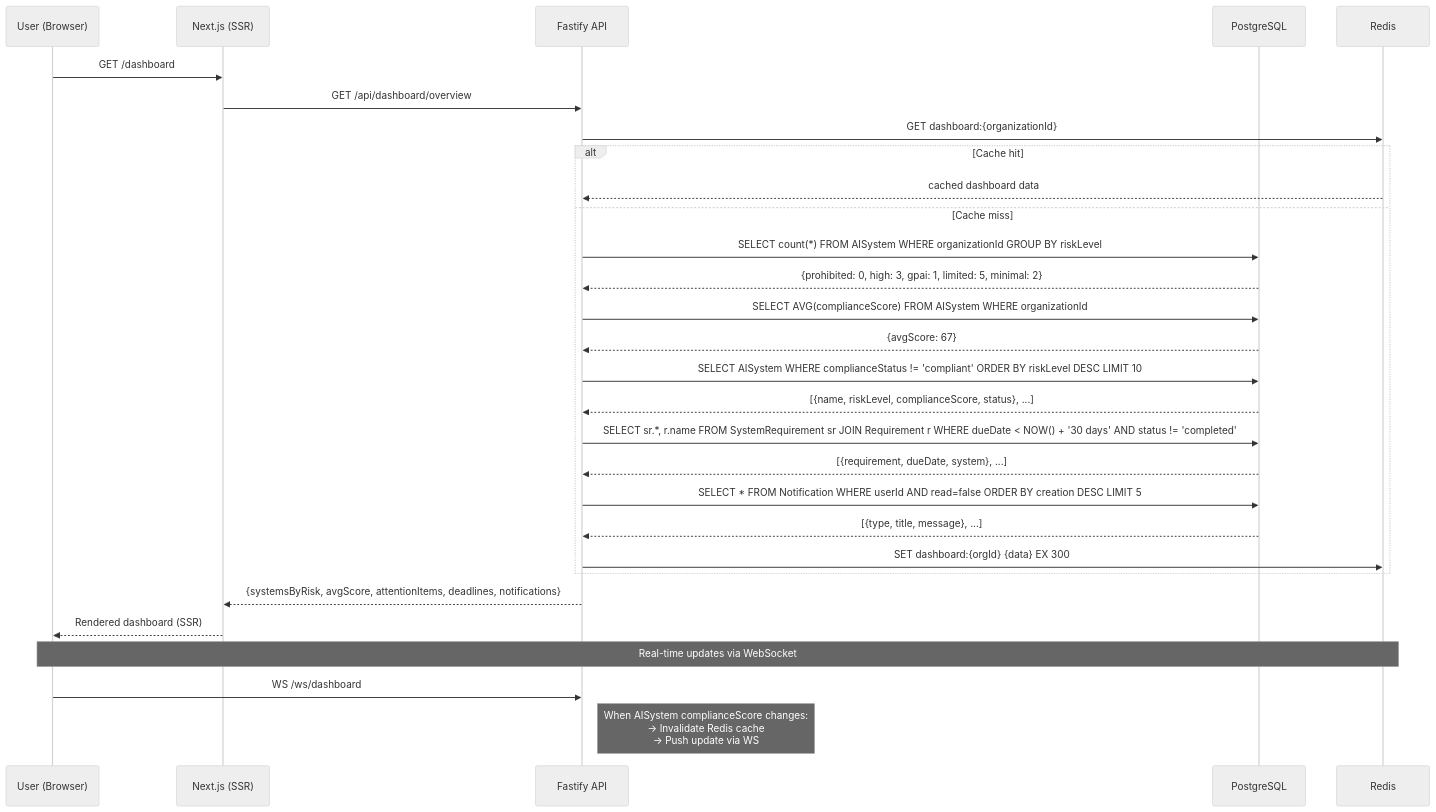
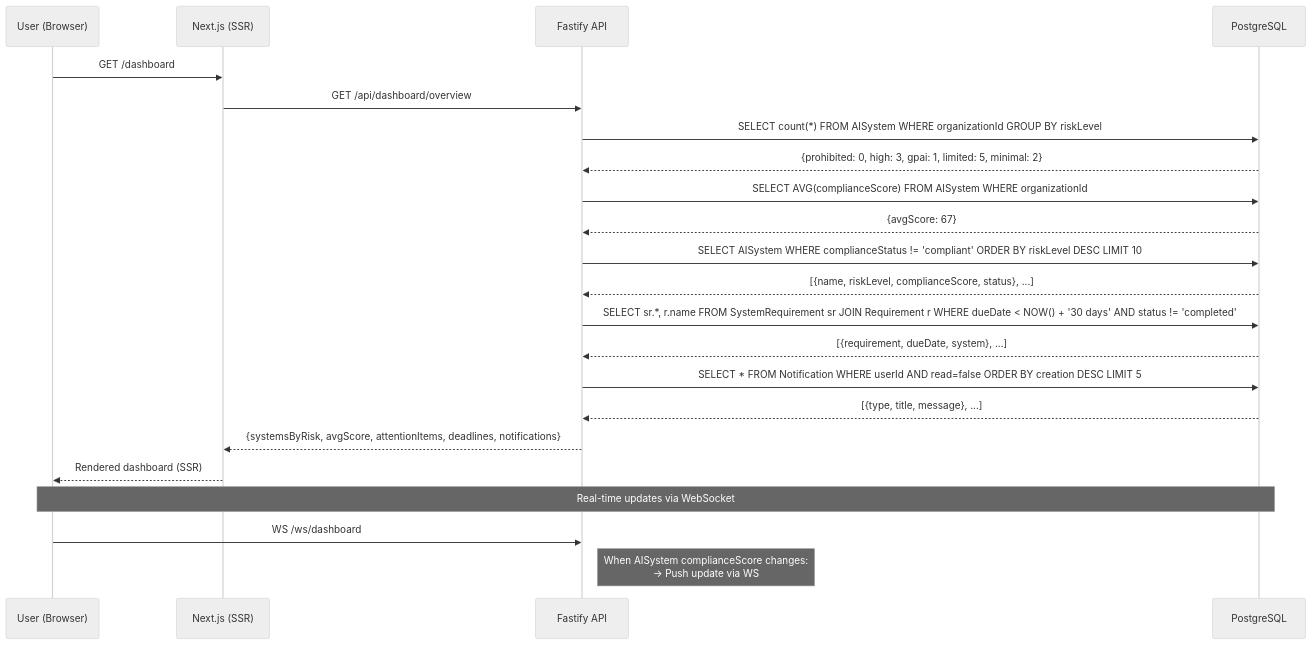
The sixth of 10 diagrams in docs/DATA-FLOWS.md (complior/complior), drawn with Mermaid (neutral theme) before and after one commit. The commit also changed other lines of this file and 2 other files, not shown here.

First line of the commit message:
docs: replace BullMQ+Redis with pg-boss (PostgreSQL-native) for MVP

````diff
--- a/docs/DATA-FLOWS.md
+++ b/docs/DATA-FLOWS.md
@@ -298,40 +296,32 @@
 ```mermaid
 sequenceDiagram
     participant User as User (Browser)
     participant Next as Next.js (SSR)
     participant API as Fastify API
     participant DB as PostgreSQL
-    participant Redis as Redis
 
     User->>Next: GET /dashboard
     Next->>API: GET /api/dashboard/overview
 
-    API->>Redis: GET dashboard:{organizationId}
-    alt Cache hit
-        Redis-->>API: cached dashboard data
-    else Cache miss
-        API->>DB: SELECT count(*) FROM AISystem WHERE organizationId GROUP BY riskLevel
-        DB-->>API: {prohibited: 0, high: 3, gpai: 1, limited: 5, minimal: 2}
+    API->>DB: SELECT count(*) FROM AISystem WHERE organizationId GROUP BY riskLevel
+    DB-->>API: {prohibited: 0, high: 3, gpai: 1, limited: 5, minimal: 2}
 
-        API->>DB: SELECT AVG(complianceScore) FROM AISystem WHERE organizationId
-        DB-->>API: {avgScore: 67}
+    API->>DB: SELECT AVG(complianceScore) FROM AISystem WHERE organizationId
+    DB-->>API: {avgScore: 67}
 
-        API->>DB: SELECT AISystem WHERE complianceStatus != 'compliant' ORDER BY riskLevel DESC LIMIT 10
-        DB-->>API: [{name, riskLevel, complianceScore, status}, ...]
+    API->>DB: SELECT AISystem WHERE complianceStatus != 'compliant' ORDER BY riskLevel DESC LIMIT 10
+    DB-->>API: [{name, riskLevel, complianceScore, status}, ...]
 
-        API->>DB: SELECT sr.*, r.name FROM SystemRequirement sr JOIN Requirement r WHERE dueDate < NOW() + '30 days' AND status != 'completed'
-        DB-->>API: [{requirement, dueDate, system}, ...]
+    API->>DB: SELECT sr.*, r.name FROM SystemRequirement sr JOIN Requirement r WHERE dueDate < NOW() + '30 days' AND status != 'completed'
+    DB-->>API: [{requirement, dueDate, system}, ...]
 
-        API->>DB: SELECT * FROM Notification WHERE userId AND read=false ORDER BY creation DESC LIMIT 5
-        DB-->>API: [{type, title, message}, ...]
-
-        API->>Redis: SET dashboard:{orgId} {data} EX 300
-    end
+    API->>DB: SELECT * FROM Notification WHERE userId AND read=false ORDER BY creation DESC LIMIT 5
+    DB-->>API: [{type, title, message}, ...]
 
     API-->>Next: {systemsByRisk, avgScore, attentionItems, deadlines, notifications}
     Next-->>User: Rendered dashboard (SSR)
 
-    Note over User,Redis: Real-time updates via WebSocket
+    Note over User,DB: Real-time updates via WebSocket
     User->>API: WS /ws/dashboard
-    Note right of API: When AISystem complianceScore changes:<br/>→ Invalidate Redis cache<br/>→ Push update via WS
+    Note right of API: When AISystem complianceScore changes:<br/>→ Push update via WS
 ```
````
